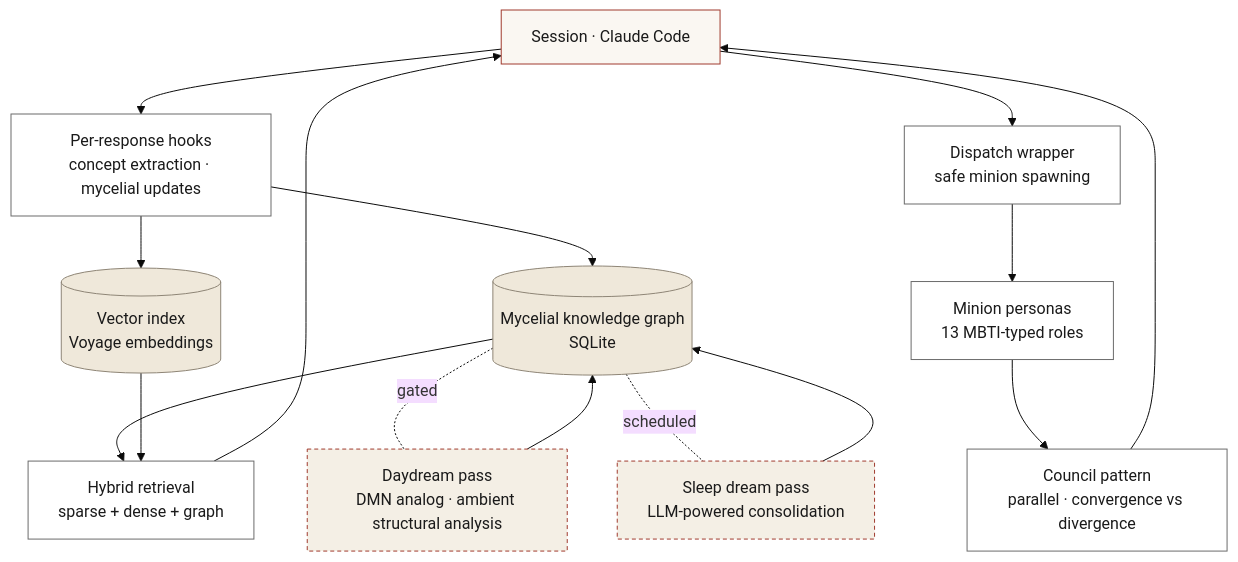
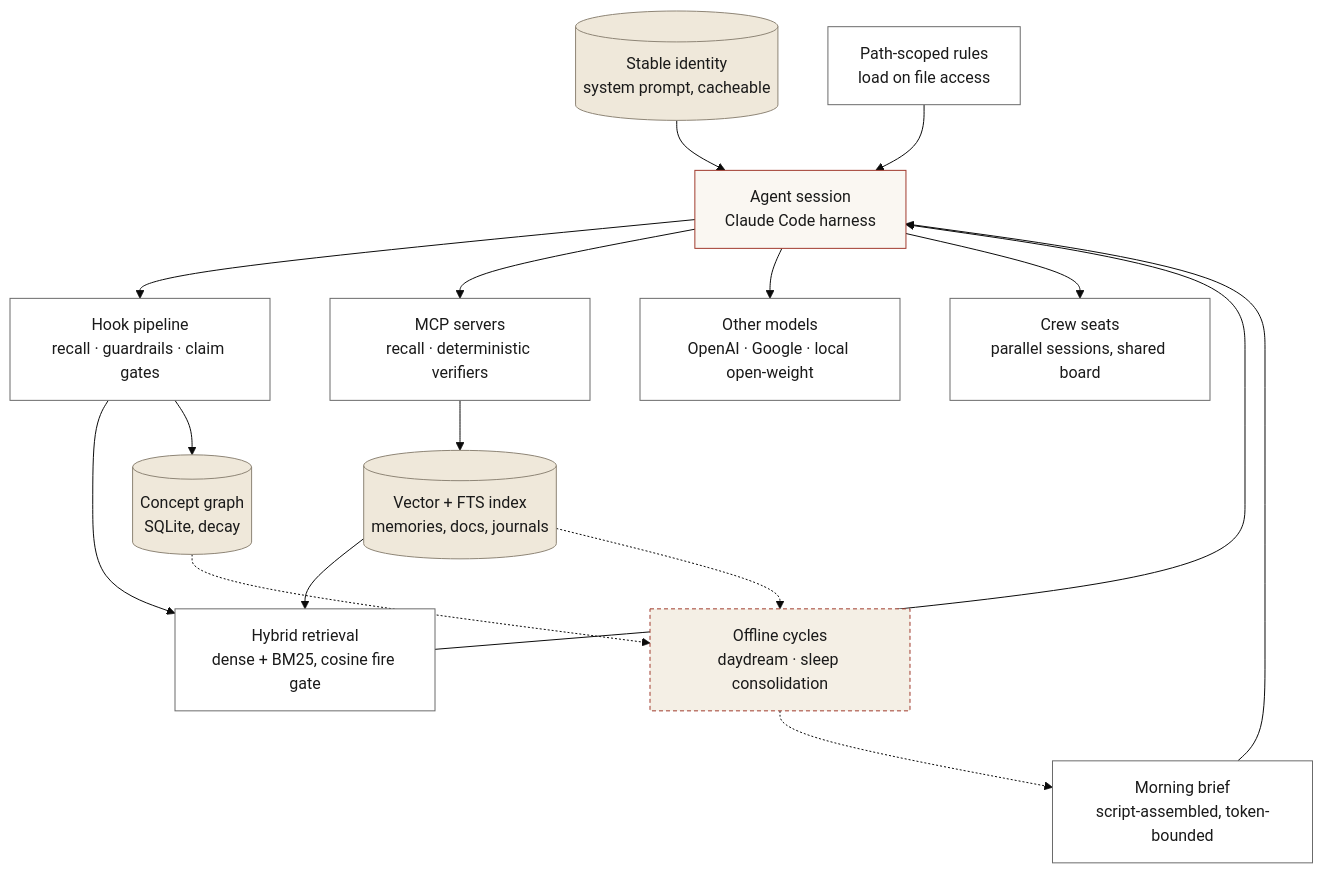
One commit to nmcbride-42/iris-systems changed the diagram in README.md. Above: the diagram before and after it, drawn with Mermaid (base theme). The commit also changed other lines of this file and 12 other files, not shown here.

First line of the commit message:
Refresh architecture docs to the current system

````diff
--- a/README.md
+++ b/README.md
@@ -19,38 +31,41 @@
 ```mermaid
 flowchart TB
   classDef io fill:#FAF7F2,stroke:#A03B2E,color:#1A1A1A
   classDef store fill:#EFE8DA,stroke:#8E8576,color:#1A1A1A
   classDef proc fill:#FFFFFF,stroke:#6B6B6B,color:#1A1A1A
   classDef async fill:#F4EFE5,stroke:#A03B2E,color:#1A1A1A,stroke-dasharray: 4 3
 
-  user[Session · Claude Code]:::io
-  hooks[Per-response hooks<br/>concept extraction · mycelial updates]:::proc
-  dispatch[Dispatch wrapper<br/>safe minion spawning]:::proc
+  session[Agent session<br/>Claude Code harness]:::io
 
-  kgraph[(Mycelial knowledge graph<br/>SQLite)]:::store
-  vector[(Vector index<br/>Voyage embeddings)]:::store
+  identity[(Stable identity<br/>system prompt, cacheable)]:::store
+  brief[Morning brief<br/>script-assembled, token-bounded]:::proc
+  rules[Path-scoped rules<br/>load on file access]:::proc
 
-  retrieval[Hybrid retrieval<br/>sparse + dense + graph]:::proc
+  hooks[Hook pipeline<br/>recall · guardrails · claim gates]:::proc
+  recall[Hybrid retrieval<br/>dense + BM25, cosine fire gate]:::proc
 
-  minions[Minion personas<br/>13 MBTI-typed roles]:::proc
-  council[Council pattern<br/>parallel · convergence vs divergence]:::proc
+  vindex[(Vector + FTS index<br/>memories, docs, journals)]:::store
+  cgraph[(Concept graph<br/>SQLite, decay)]:::store
 
-  daydream[Daydream pass<br/>DMN analog · ambient structural analysis]:::async
-  dream[Sleep dream pass<br/>LLM-powered consolidation]:::async
+  mcp[MCP servers<br/>recall · deterministic verifiers]:::proc
+  models[Other models<br/>OpenAI · Google · local open-weight]:::proc
+  crew[Crew seats<br/>parallel sessions, shared board]:::proc
 
-  user --> hooks
-  user --> dispatch
-  hooks --> kgraph
-  hooks --> vector
-  retrieval --> user
-  kgraph --> retrieval
-  vector --> retrieval
-  dispatch --> minions
-  minions --> council
-  council --> user
+  cycles[Offline cycles<br/>daydream · sleep consolidation]:::async
 
-  kgraph -.gated.- daydream
-  kgraph -.scheduled.- dream
-  daydream --> kgraph
-  dream --> kgraph
+  identity --> session
+  brief --> session
+  rules --> session
+  session --> hooks
+  hooks --> recall
+  vindex --> recall
+  recall --> session
+  hooks --> cgraph
+  session --> mcp
+  mcp --> vindex
+  session --> models
+  session --> crew
+  cgraph -.-> cycles
+  vindex -.-> cycles
+  cycles -.-> brief
 ```
````
